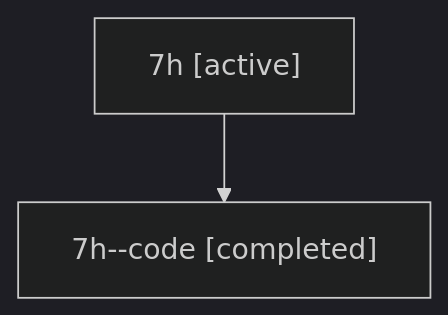
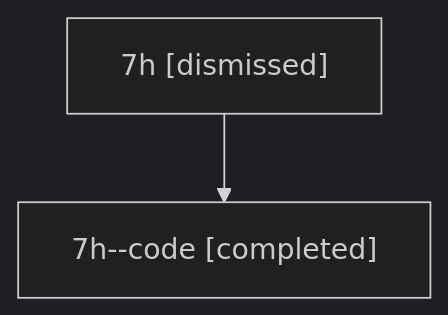
One commit to sase-org/sase--agents changed the diagram in sessions/bbugyi200.athena.7h.md. Above: the diagram before and after it, drawn with Mermaid (dark theme). The commit also changed other lines of this file and 29 other files, not shown here.

````diff
--- a/sessions/bbugyi200.athena.7h.md
+++ b/sessions/bbugyi200.athena.7h.md
@@ -9,6 +9,6 @@
 ```mermaid
 flowchart TD
-  n0["7h [active]"]
+  n0["7h [dismissed]"]
   n1["7h--code [completed]"]
   n0 --> n1
 ```
````
